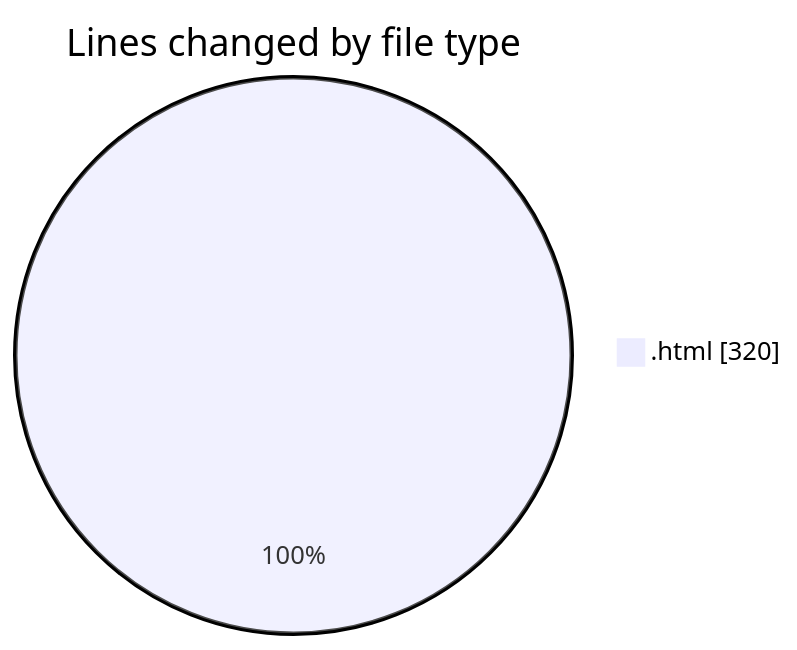
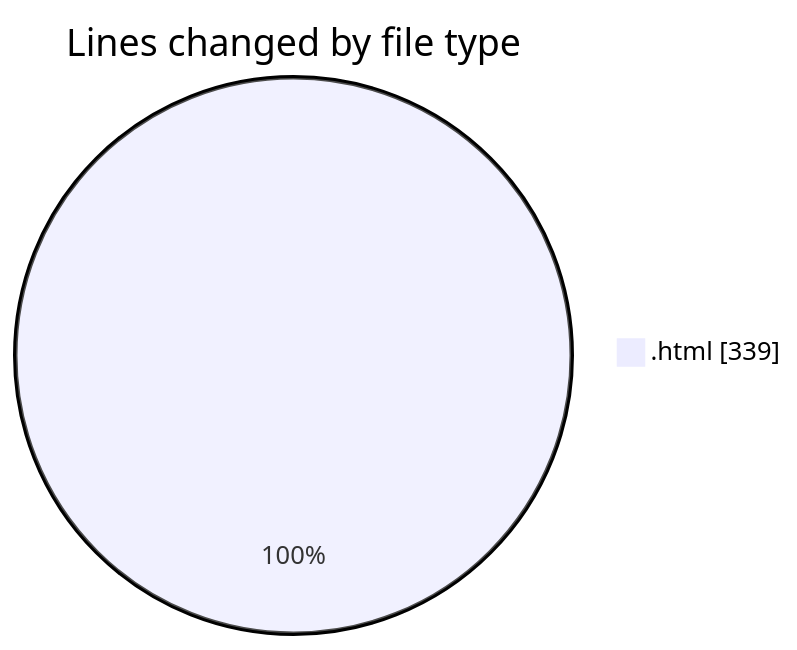
The first of 2 diagrams in 2025-01-10/nueva_carpeta/README.md (LanceThiago/code-tracking), drawn with Mermaid before and after one commit. The commit also changed other lines of this file and 1 other file, not shown here.

````diff
--- a/2025-01-10/nueva_carpeta/README.md
+++ b/2025-01-10/nueva_carpeta/README.md
@@ -20,5 +20,5 @@
 ```mermaid
 pie showData
 title Lines changed by file type
-".html" : 320
+".html" : 339
 ```
````
